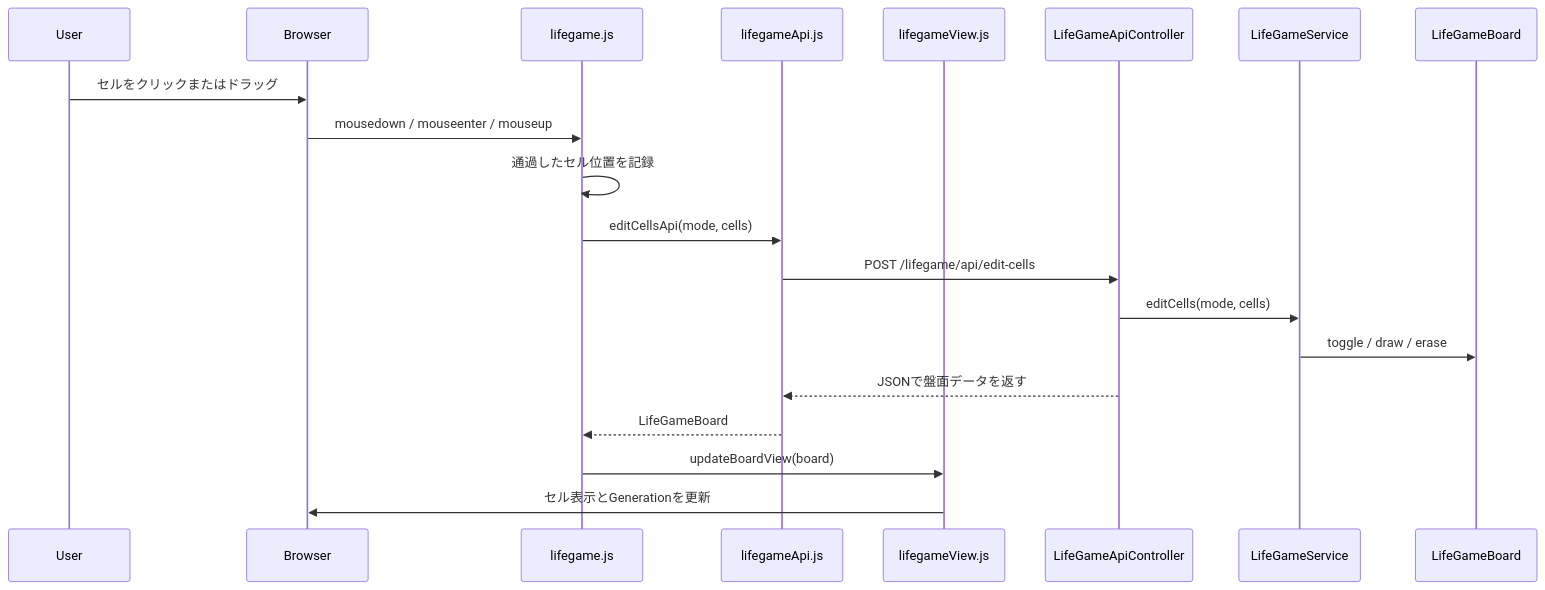
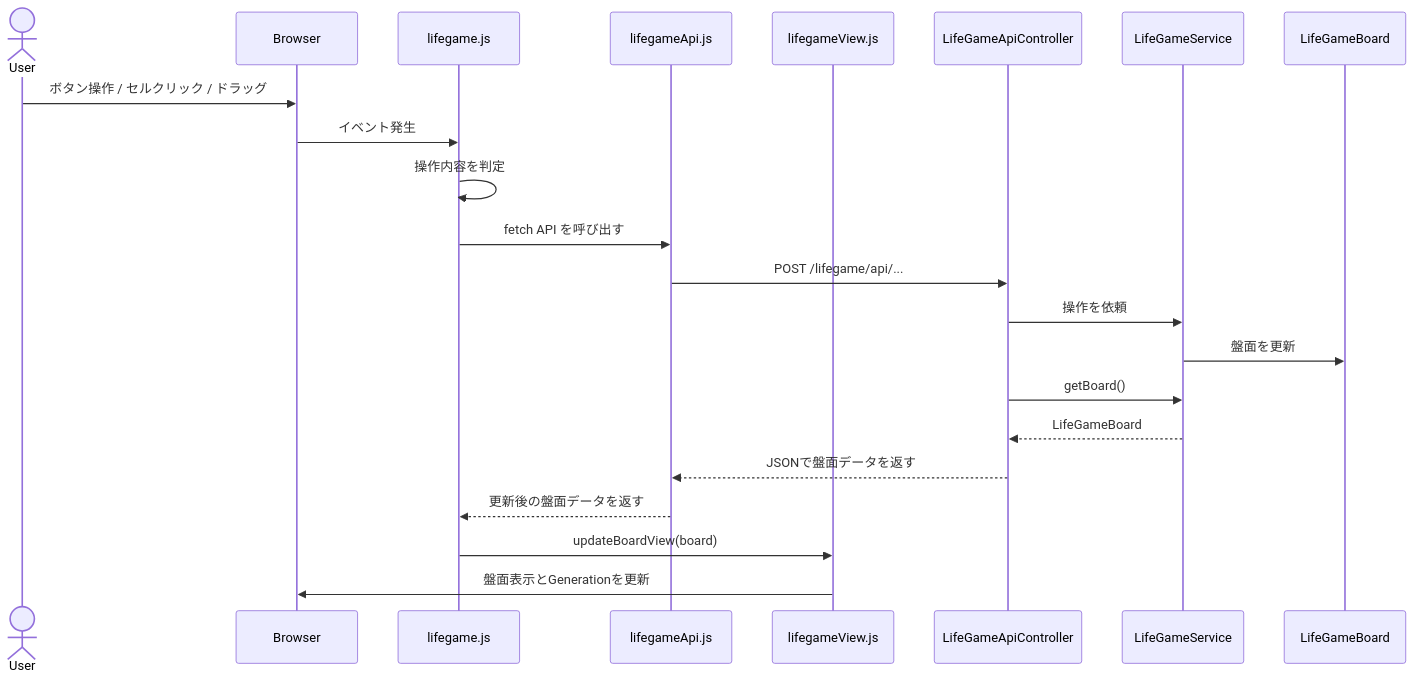
One commit to mkunori/LifeGame changed the third of 3 diagrams in README.md. Above: the diagram before and after it, drawn with Mermaid. The commit also changed other lines of this file, not shown here.

````diff
--- a/README.md
+++ b/README.md
@@ -538,23 +265,25 @@
 ```mermaid
 sequenceDiagram
-    participant User
+    actor User
     participant Browser
     participant JS as lifegame.js
     participant API as lifegameApi.js
     participant View as lifegameView.js
     participant ApiController as LifeGameApiController
     participant Service as LifeGameService
     participant Board as LifeGameBoard
 
-    User->>Browser: セルをクリックまたはドラッグ
-    Browser->>JS: mousedown / mouseenter / mouseup
-    JS->>JS: 通過したセル位置を記録
-    JS->>API: editCellsApi(mode, cells)
-    API->>ApiController: POST /lifegame/api/edit-cells
-    ApiController->>Service: editCells(mode, cells)
-    Service->>Board: toggle / draw / erase
+    User->>Browser: ボタン操作 / セルクリック / ドラッグ
+    Browser->>JS: イベント発生
+    JS->>JS: 操作内容を判定
+    JS->>API: fetch API を呼び出す
+    API->>ApiController: POST /lifegame/api/...
+    ApiController->>Service: 操作を依頼
+    Service->>Board: 盤面を更新
+    ApiController->>Service: getBoard()
+    Service-->>ApiController: LifeGameBoard
     ApiController-->>API: JSONで盤面データを返す
-    API-->>JS: LifeGameBoard
+    API-->>JS: 更新後の盤面データを返す
     JS->>View: updateBoardView(board)
-    View->>Browser: セル表示とGenerationを更新
+    View->>Browser: 盤面表示とGenerationを更新
 ```
````
